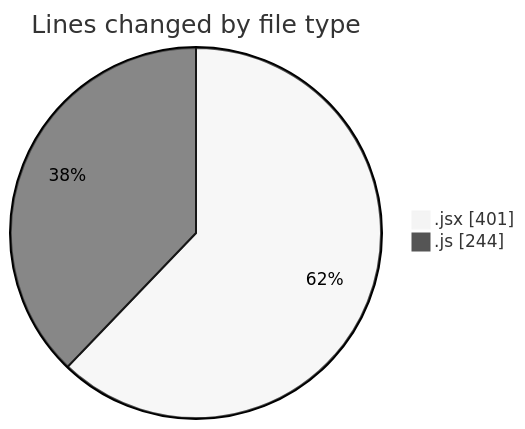
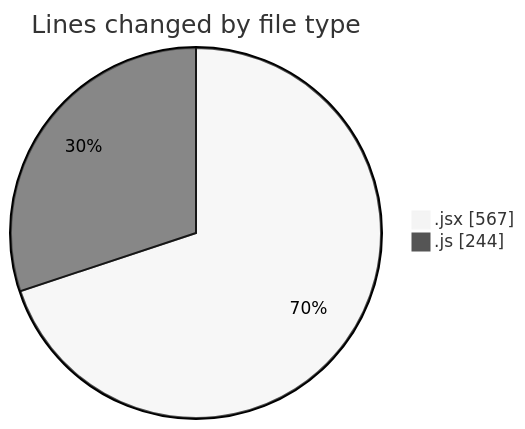
The first of 2 diagrams in 2025-12-14/nxtqube_webapp/README.md (nxtqubesakshisongat/code-tracking), drawn with Mermaid (neutral theme) before and after one commit. The commit also changed other lines of this file and 1 other file, not shown here.

````diff
--- a/2025-12-14/nxtqube_webapp/README.md
+++ b/2025-12-14/nxtqube_webapp/README.md
@@ -22,6 +22,6 @@
 ```mermaid
 pie showData
 title Lines changed by file type
-".jsx" : 401
+".jsx" : 567
 ".js" : 244
 ```
````
